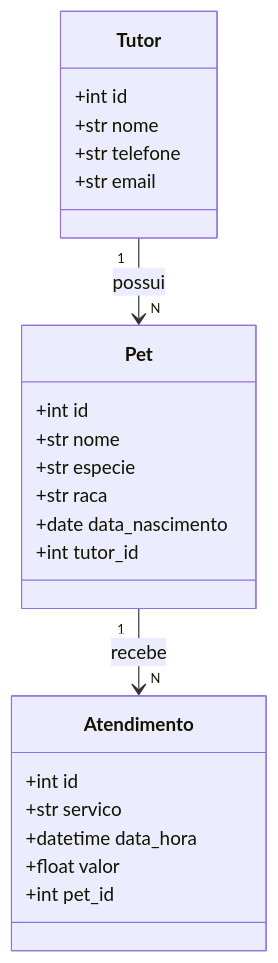
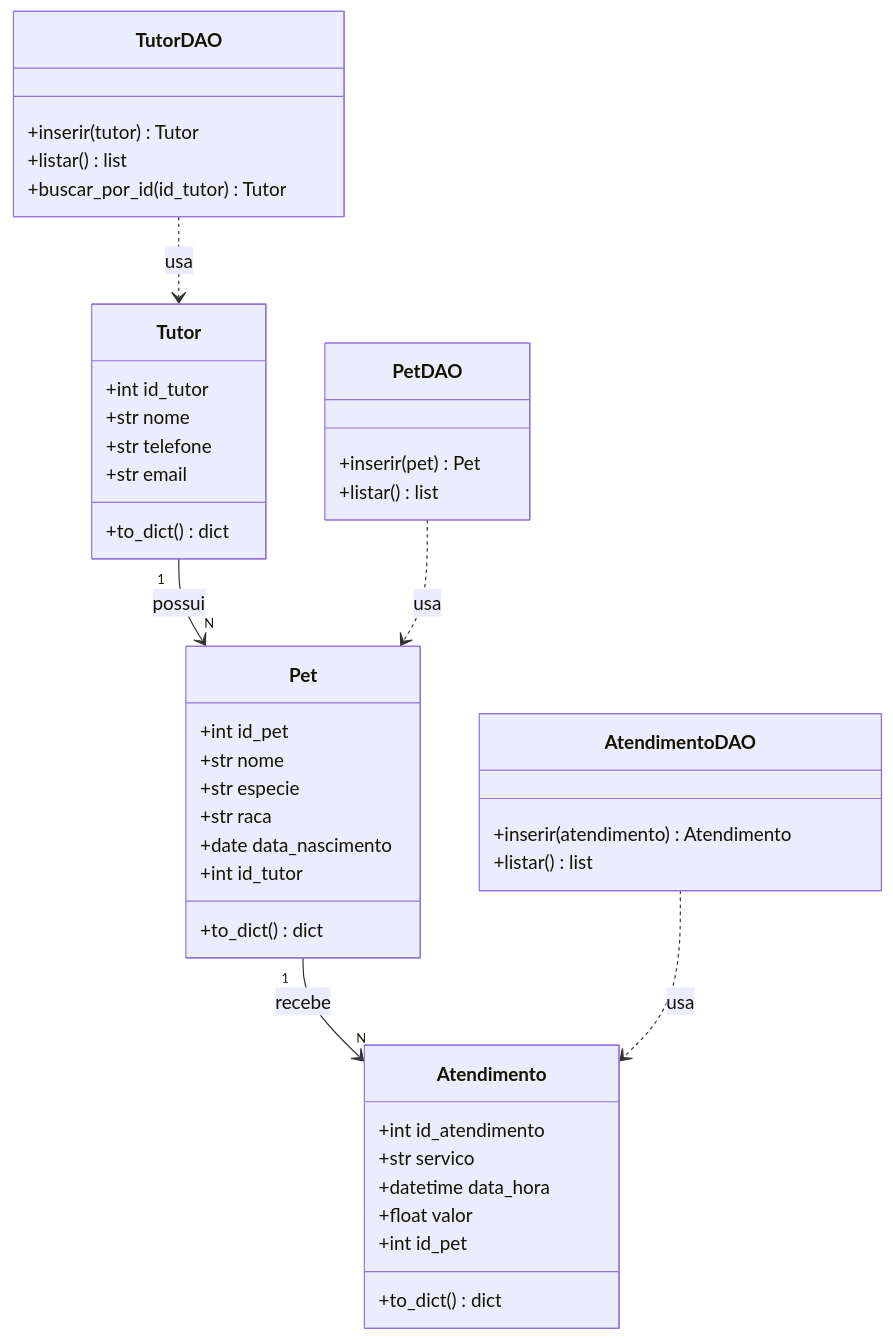
Before and after one commit to leticiaruas2009-pixel/projeto-integrado-petshop: the diagram in docs/diagrama.md, drawn with Mermaid.

Commit message:
Atualiza diagrama UML com nomes do código e classes DAO

````diff
--- a/docs/diagrama.md
+++ b/docs/diagrama.md
@@ -3,26 +3,45 @@
 ```mermaid
 classDiagram
     class Tutor {
-        +int id
+        +int id_tutor
         +str nome
         +str telefone
         +str email
+        +to_dict() dict
     }
     class Pet {
-        +int id
+        +int id_pet
         +str nome
         +str especie
         +str raca
         +date data_nascimento
-        +int tutor_id
+        +int id_tutor
+        +to_dict() dict
     }
     class Atendimento {
-        +int id
+        +int id_atendimento
         +str servico
         +datetime data_hora
         +float valor
-        +int pet_id
+        +int id_pet
+        +to_dict() dict
+    }
+    class TutorDAO {
+        +inserir(tutor) Tutor
+        +listar() list
+        +buscar_por_id(id_tutor) Tutor
+    }
+    class PetDAO {
+        +inserir(pet) Pet
+        +listar() list
+    }
+    class AtendimentoDAO {
+        +inserir(atendimento) Atendimento
+        +listar() list
     }
     Tutor "1" --> "N" Pet : possui
     Pet "1" --> "N" Atendimento : recebe
+    TutorDAO ..> Tutor : usa
+    PetDAO ..> Pet : usa
+    AtendimentoDAO ..> Atendimento : usa
 ```
````
